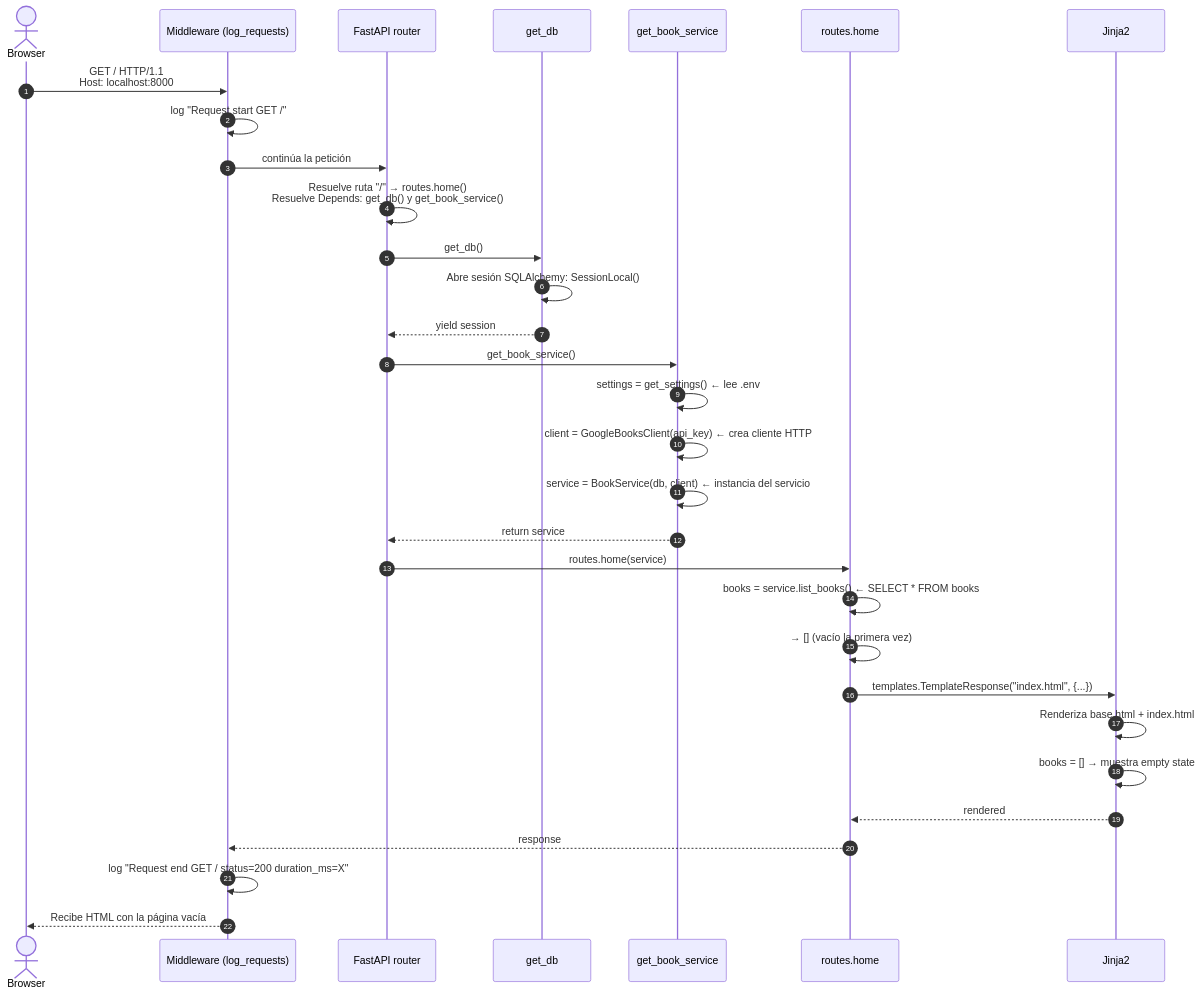
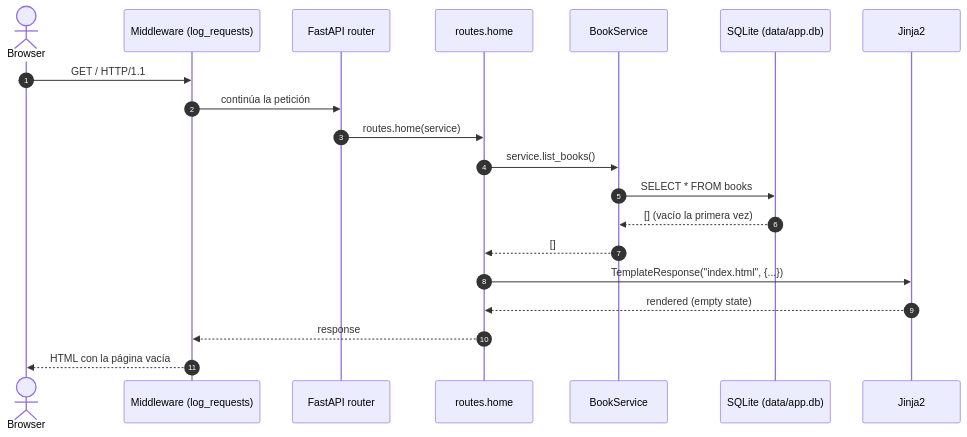
The diagram in README.md (dabolanosm/pt_makita), drawn with Mermaid before and after one commit. The commit also changed other lines of this file, not shown here.

````diff
--- a/README.md
+++ b/README.md
@@ -283,39 +309,23 @@
 ```mermaid
 sequenceDiagram
     autonumber
     actor Browser
     participant MW as Middleware (log_requests)
     participant Router as FastAPI router
-    participant GetDB as get_db
-    participant GetSvc as get_book_service
     participant Home as routes.home
+    participant Svc as BookService
+    participant DB as SQLite (data/app.db)
     participant Tpl as Jinja2
 
-    Browser->>MW: GET / HTTP/1.1<br/>Host: localhost:8000
-    MW->>MW: log "Request start GET /"
+    Browser->>MW: GET / HTTP/1.1
     MW->>Router: continúa la petición
-
-    Router->>Router: Resuelve ruta "/" → routes.home()<br/>Resuelve Depends: get_db() y get_book_service()
-
-    Router->>GetDB: get_db()
-    GetDB->>GetDB: Abre sesión SQLAlchemy: SessionLocal()
-    GetDB-->>Router: yield session
-
-    Router->>GetSvc: get_book_service()
-    GetSvc->>GetSvc: settings = get_settings() ← lee .env
-    GetSvc->>GetSvc: client = GoogleBooksClient(api_key) ← crea cliente HTTP
-    GetSvc->>GetSvc: service = BookService(db, client) ← instancia del servicio
-    GetSvc-->>Router: return service
-
     Router->>Home: routes.home(service)
-    Home->>Home: books = service.list_books() ← SELECT * FROM books
-    Home->>Home: → [] (vacío la primera vez)
-    Home->>Tpl: templates.TemplateResponse("index.html", {...})
-    Tpl->>Tpl: Renderiza base.html + index.html
-    Tpl->>Tpl: books = [] → muestra empty state
-    Tpl-->>Home: rendered
-
+    Home->>Svc: service.list_books()
+    Svc->>DB: SELECT * FROM books
+    DB-->>Svc: [] (vacío la primera vez)
+    Svc-->>Home: []
+    Home->>Tpl: TemplateResponse("index.html", {...})
+    Tpl-->>Home: rendered (empty state)
     Home-->>MW: response
-    MW->>MW: log "Request end GET / status=200 duration_ms=X"
-    MW-->>Browser: Recibe HTML con la página vacía
+    MW-->>Browser: HTML con la página vacía
 ```
````
